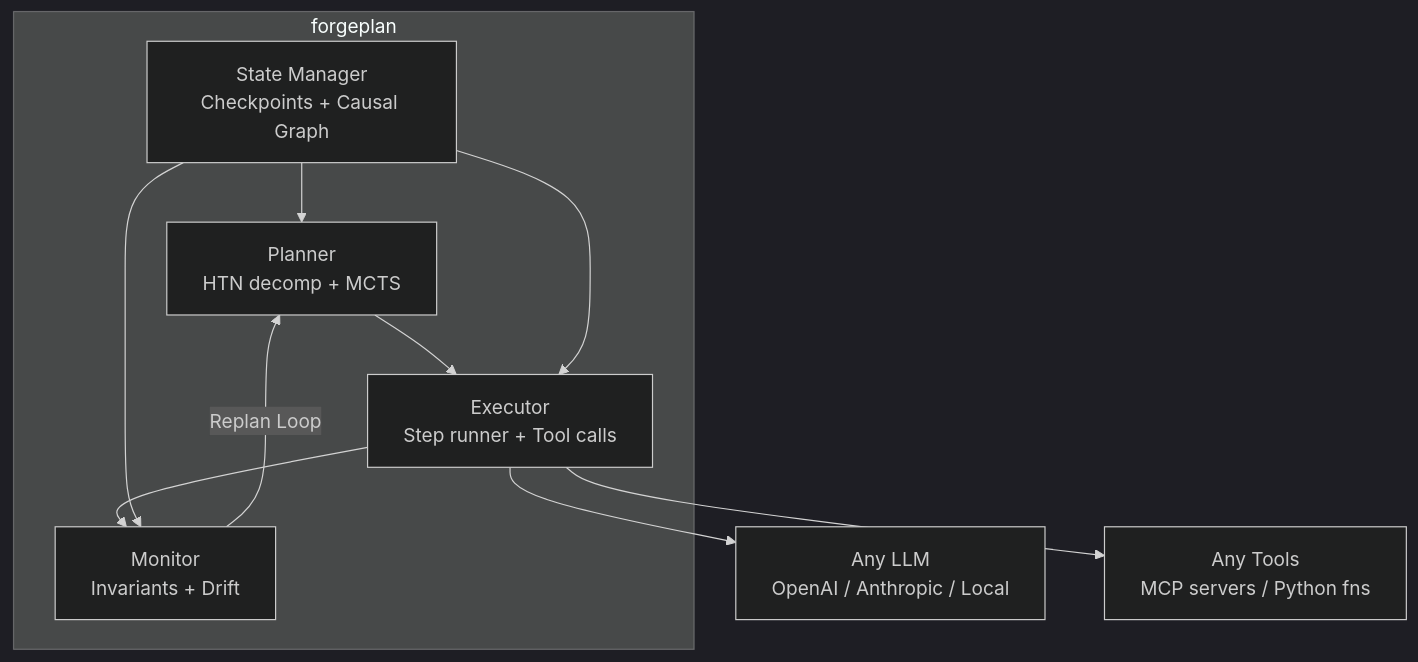
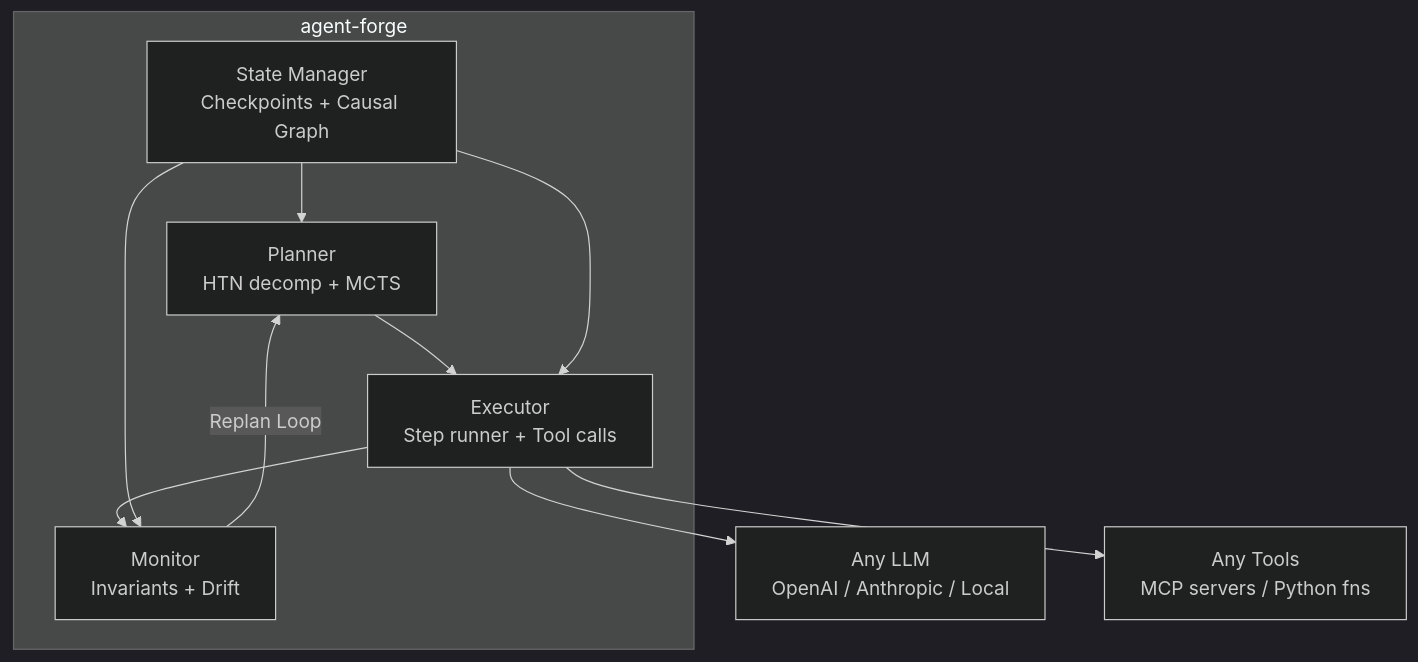
Before and after one commit to sushaan-k/forgeplan: the diagram in README.md, drawn with Mermaid (dark theme). The commit also changed other lines of this file and 5 other files, not shown here.

````diff
--- a/README.md
+++ b/README.md
@@ -82,14 +69,14 @@
 ```mermaid
 graph TB
-    subgraph forgeplan
+    subgraph agent-forge
         P[Planner<br/>HTN decomp + MCTS] --> E[Executor<br/>Step runner + Tool calls]
         E --> M[Monitor<br/>Invariants + Drift]
         M -->|Replan Loop| P
         S[State Manager<br/>Checkpoints + Causal Graph] --> P
         S --> E
         S --> M
     end
 
     E --> LLM[Any LLM<br/>OpenAI / Anthropic / Local]
     E --> Tools[Any Tools<br/>MCP servers / Python fns]
 ```
````
